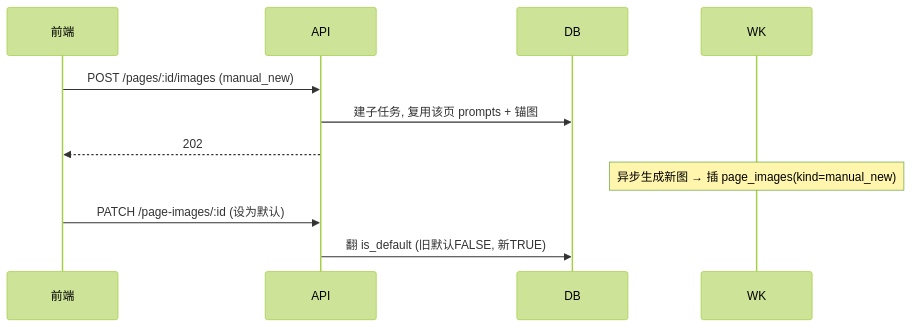
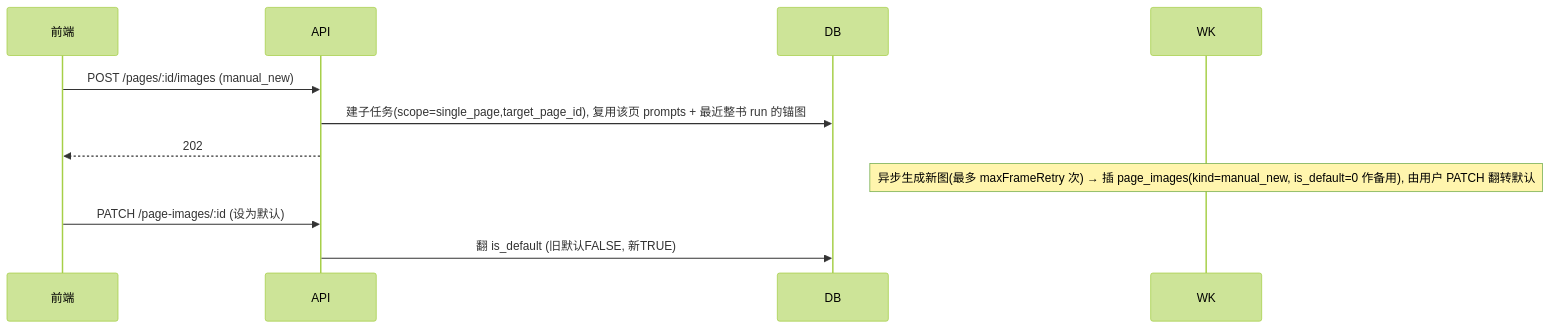
One commit to blitzpan/BookAgent changed the fifth of 5 diagrams in design/架构设计.md. Above: the diagram before and after it, drawn with Mermaid (forest theme). The commit also changed other lines of this file and 32 other files, not shown here.

````diff
--- a/design/架构设计.md
+++ b/design/架构设计.md
@@ -127,9 +127,9 @@
 ```mermaid
 sequenceDiagram
     前端->>API: POST /pages/:id/images (manual_new)
-    API->>DB: 建子任务, 复用该页 prompts + 锚图
+    API->>DB: 建子任务(scope=single_page,target_page_id), 复用该页 prompts + 最近整书 run 的锚图
     API-->>前端: 202
-    Note over WK: 异步生成新图 → 插 page_images(kind=manual_new)
+    Note over WK: 异步生成新图(最多 maxFrameRetry 次) → 插 page_images(kind=manual_new, is_default=0 作备用), 由用户 PATCH 翻转默认
     前端->>API: PATCH /page-images/:id (设为默认)
     API->>DB: 翻 is_default (旧默认FALSE, 新TRUE)
 ```
````
